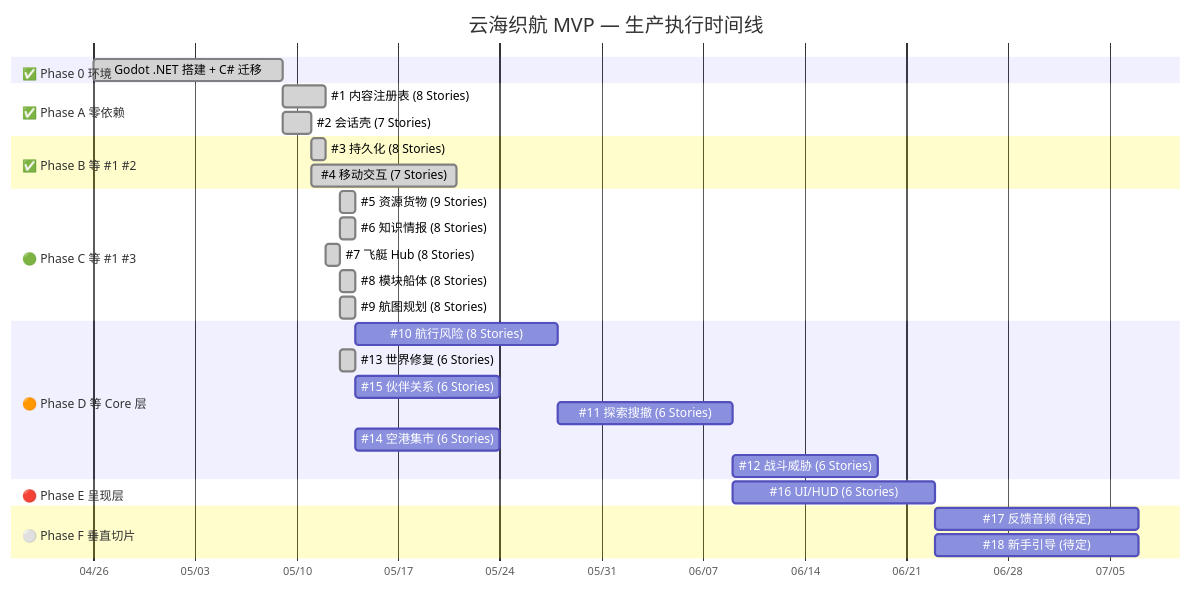
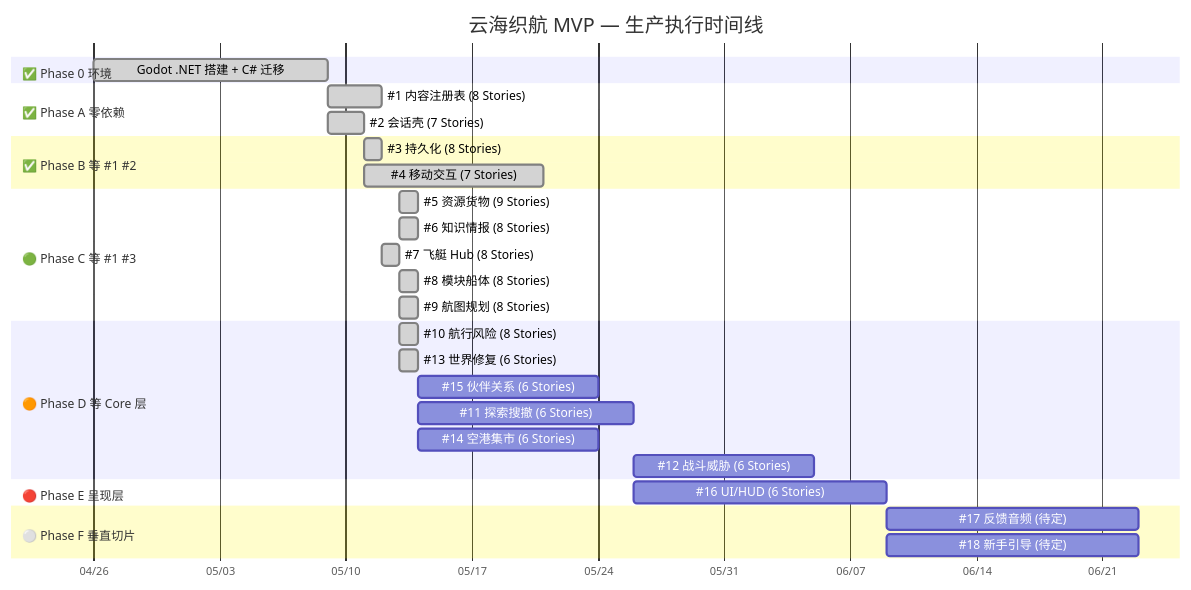
Before and after one commit to lieinsay/Claude-Code-Game-Studios: the first of 3 diagrams in docs/reference/production-flowchart.md, drawn with Mermaid. The commit also changed other lines of this file and 12 other files, not shown here.

````diff
--- a/docs/reference/production-flowchart.md
+++ b/docs/reference/production-flowchart.md
@@ -13,39 +13,39 @@
 ```mermaid
 gantt
     title 云海织航 MVP — 生产执行时间线
     dateFormat YYYY-MM-DD
     axisFormat %m/%d
 
     section ✅ Phase 0 环境
     Godot .NET 搭建 + C# 迁移   :done,    p0, 2026-04-26, 2026-05-09
 
     section ✅ Phase A 零依赖
     #1 内容注册表 (8 Stories)    :done,    p1a, 2026-05-09, 2026-05-12
     #2 会话壳     (7 Stories)    :done,    p1b, 2026-05-09, 2026-05-11
 
     section ✅ Phase B 等 #1 #2
     #3 持久化     (8 Stories)    :done,    p2a, 2026-05-11, 2026-05-12
     #4 移动交互   (7 Stories)    :done,    p2b, after p1b, 10d
 
     section 🟢 Phase C 等 #1 #3
     #5 资源货物   (9 Stories)    :done,    p3a, 2026-05-13, 1d
     #6 知识情报   (8 Stories)    :done,    p3b, 2026-05-13, 1d
     #7 飞艇 Hub   (8 Stories)    :done,    p3c, 2026-05-12, 1d
     #8 模块船体   (8 Stories)    :done,    p3d, 2026-05-13, 1d
     #9 航图规划   (8 Stories)    :done,    p3e, 2026-05-13, 1d
 
     section 🟠 Phase D 等 Core 层
-    #10 航行风险  (8 Stories)    :         p4a, after p3e, 14d
+    #10 航行风险  (8 Stories)    :done,    p4a, 2026-05-13, 1d
     #13 世界修复  (6 Stories)    :done,    p4b, 2026-05-13, 1d
     #15 伙伴关系  (6 Stories)    :         p4c, after p3e, 10d
     #11 探索搜撤  (6 Stories)    :         p4d, after p4a, 12d
     #14 空港集市  (6 Stories)    :         p4e, after p4b, 10d
     #12 战斗威胁  (6 Stories)    :         p4f, after p4d, 10d
 
     section 🔴 Phase E 呈现层
     #16 UI/HUD    (6 Stories)    :         p5a, after p4d, 14d
 
     section ⚪ Phase F 垂直切片
     #17 反馈音频  (待定)         :         p6a, after p5a, 14d
     #18 新手引导  (待定)         :         p6b, after p5a, 14d
 ```
````
